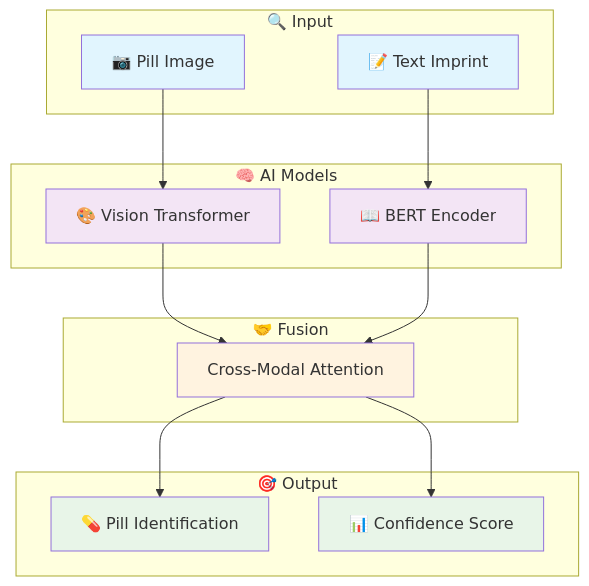
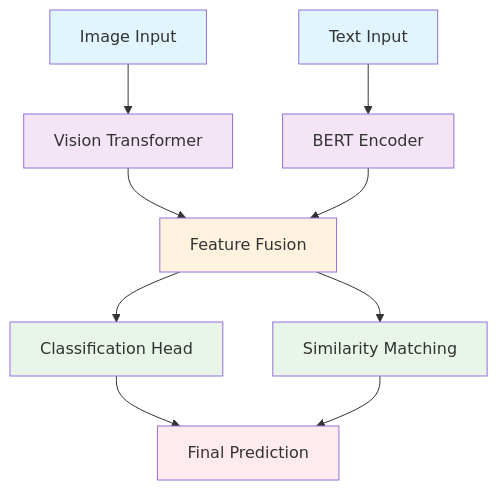
Before and after one commit to HoangThinh2024/DoAnDLL: the diagram in README.md, drawn with Mermaid. The commit also changed other lines of this file and 4 other files, not shown here.

````diff
--- a/README.md
+++ b/README.md
@@ -214,36 +329,20 @@
 ```mermaid
-graph TB
-    subgraph "🔍 Input"
-        A[📷 Pill Image] 
-        B[📝 Text Imprint]
-    end
-    
-    subgraph "🧠 AI Models"
-        C[🎨 Vision Transformer]
-        D[📖 BERT Encoder]
-    end
-    
-    subgraph "🤝 Fusion"
-        E[Cross-Modal Attention]
-    end
-    
-    subgraph "🎯 Output"
-        F[💊 Pill Identification]
-        G[📊 Confidence Score]
-    end
-    
-    A --> C
-    B --> D
-    C --> E
+graph TD
+    A[Image Input] --> B[Vision Transformer]
+    C[Text Input] --> D[BERT Encoder]
+    B --> E[Feature Fusion]
     D --> E
-    E --> F
-    E --> G
+    E --> F[Classification Head]
+    E --> G[Similarity Matching]
+    F --> H[Final Prediction]
+    G --> H
     
     style A fill:#e1f5fe
-    style B fill:#e1f5fe
-    style C fill:#f3e5f5
+    style C fill:#e1f5fe
+    style B fill:#f3e5f5
     style D fill:#f3e5f5
     style E fill:#fff3e0
     style F fill:#e8f5e8
     style G fill:#e8f5e8
+    style H fill:#ffebee
 ```
````
